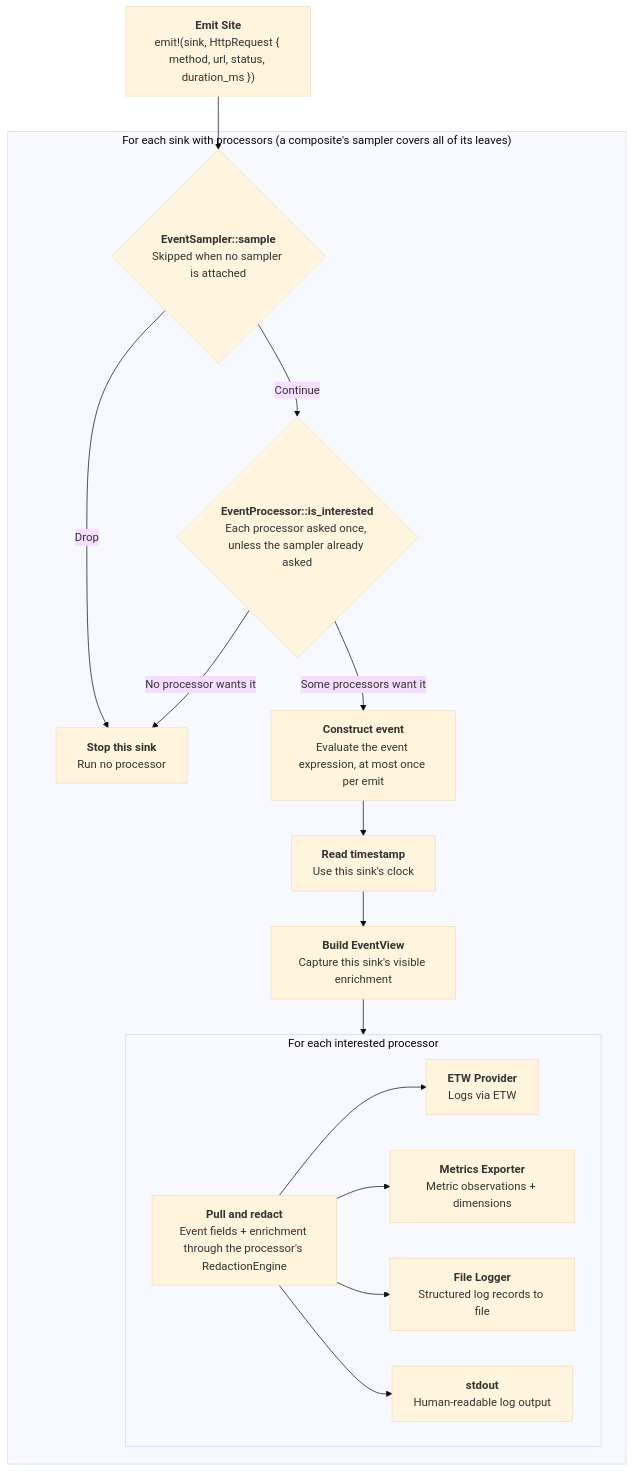
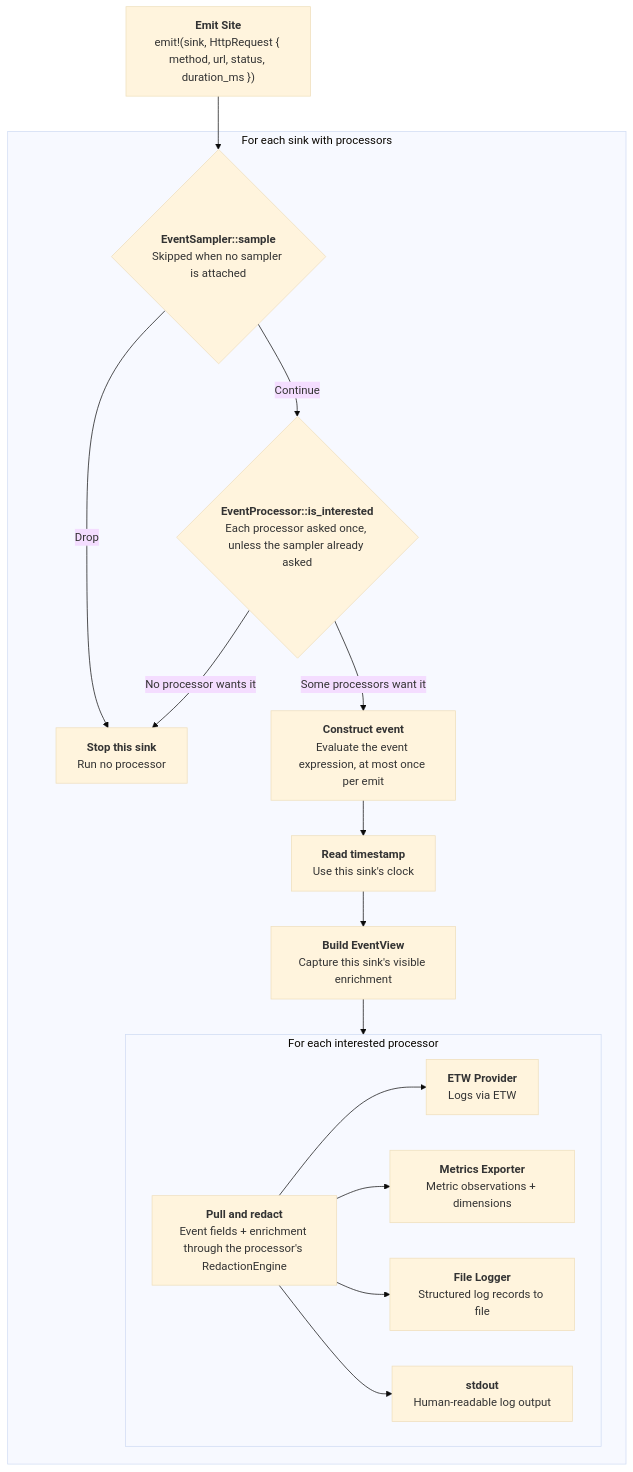
Before and after one commit to microsoft/oxidizer: the diagram in crates/observed/DESIGN.md, drawn with Mermaid (base theme). The commit also changed other lines of this file and 5 other files, not shown here.

First line of the commit message:
refactor(observed): remove composite-wide sampler decisions

```diff
--- a/crates/observed/DESIGN.md
+++ b/crates/observed/DESIGN.md
@@ -375,32 +375,32 @@
 :::mermaid
 flowchart TD
     emit["<b>Emit Site</b><br/>emit!(sink, HttpRequest { method, url, status, duration_ms })"]
 
     emit --> sample
 
-    subgraph sink ["For each sink with processors (a composite's sampler covers all of its leaves)"]
+    subgraph sink ["For each sink with processors"]
         sample{"<b>EventSampler::sample</b><br/>Skipped when no sampler is attached"}
         interest{"<b>EventProcessor::is_interested</b><br/>Each processor asked once, unless the sampler already asked"}
         dropped["<b>Stop this sink</b><br/>Run no processor"]
         construct["<b>Construct event</b><br/>Evaluate the event expression, at most once per emit"]
         timestamp["<b>Read timestamp</b><br/>Use this sink's clock"]
         view["<b>Build EventView</b><br/>Capture this sink's visible enrichment"]
 
         sample -- "Drop" --> dropped
         sample -- "Continue" --> interest
         interest -- "No processor wants it" --> dropped
         interest -- "Some processors want it" --> construct
         construct --> timestamp
         timestamp --> view
 
         view --> loop
 
         subgraph loop ["For each interested processor"]
             redact["<b>Pull and redact</b><br/>Event fields + enrichment through the processor's RedactionEngine"]
             redact --> etw["<b>ETW Provider</b><br/>Logs via ETW"]
             redact --> metrics["<b>Metrics Exporter</b><br/>Metric observations + dimensions"]
             redact --> file["<b>File Logger</b><br/>Structured log records to file"]
             redact --> stdout["<b>stdout</b><br/>Human-readable log output"]
         end
     end
 :::
```
